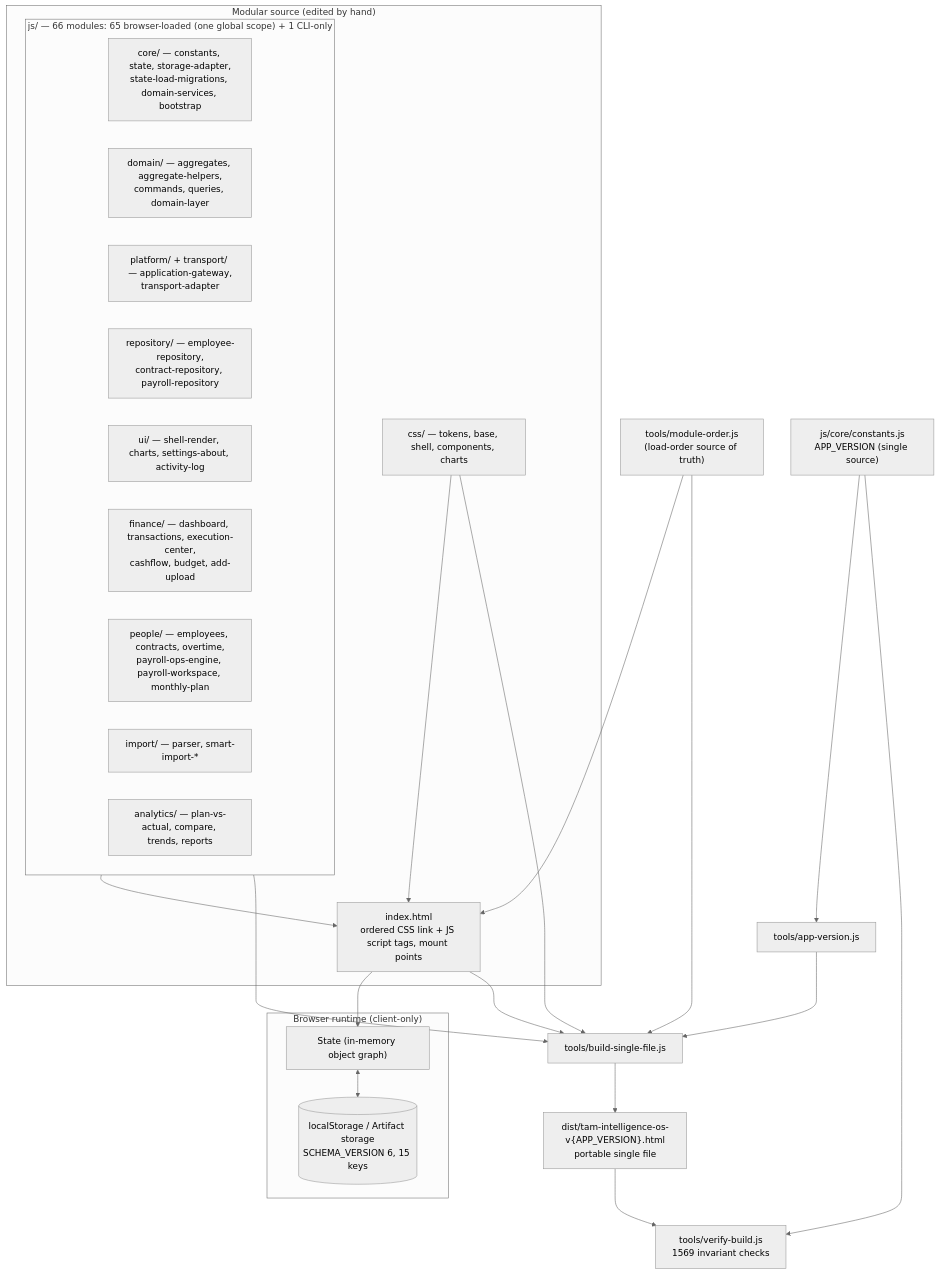
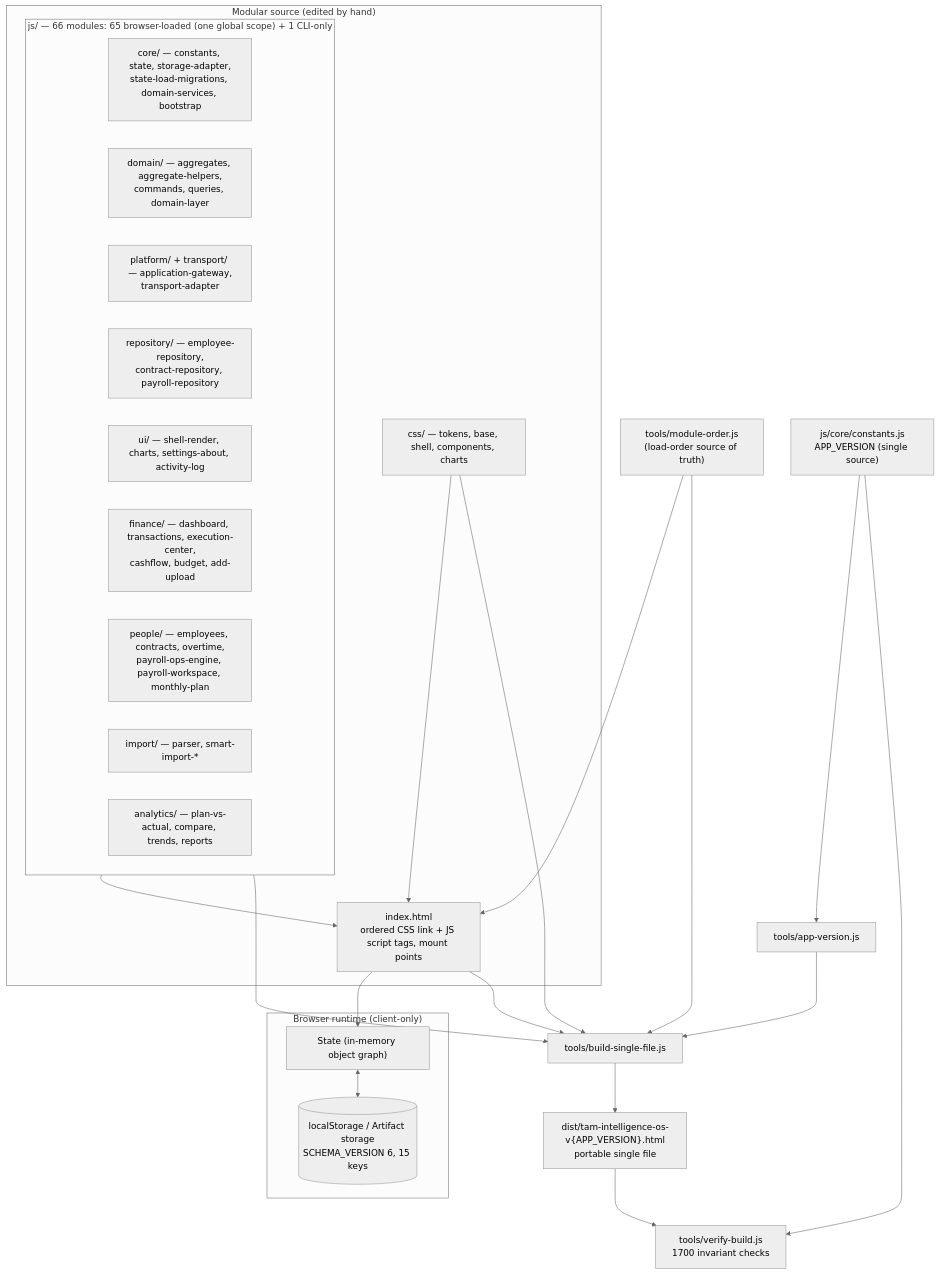
Before and after one commit to fanoryu/TAM-Intelligence-OS: the first of 3 diagrams in ARCHITECTURE.md, drawn with Mermaid (neutral theme). The commit also changed other lines of this file and 3 other files, not shown here.

````diff
--- a/ARCHITECTURE.md
+++ b/ARCHITECTURE.md
@@ -66,45 +75,45 @@
 ```mermaid
 flowchart TD
   subgraph SRC["Modular source (edited by hand)"]
     IDX["index.html<br/>ordered CSS link + JS script tags, mount points"]
     CSS["css/ — tokens, base, shell, components, charts"]
     subgraph JSMOD["js/ — 66 modules: 65 browser-loaded (one global scope) + 1 CLI-only"]
       CORE["core/ — constants, state, storage-adapter,<br/>state-load-migrations, domain-services, bootstrap"]
       DOM["domain/ — aggregates, aggregate-helpers,<br/>commands, queries, domain-layer"]
       PLAT["platform/ + transport/ — application-gateway,<br/>transport-adapter"]
       REPO["repository/ — employee-repository,<br/>contract-repository, payroll-repository"]
       UI["ui/ — shell-render, charts, settings-about, activity-log"]
       FIN["finance/ — dashboard, transactions, execution-center,<br/>cashflow, budget, add-upload"]
       PPL["people/ — employees, contracts, overtime,<br/>payroll-ops-engine, payroll-workspace, monthly-plan"]
       IMP["import/ — parser, smart-import-*"]
       ANA["analytics/ — plan-vs-actual, compare, trends, reports"]
     end
   end
 
   subgraph RUN["Browser runtime (client-only)"]
     STATE["State (in-memory object graph)"]
     LS[("localStorage / Artifact storage<br/>SCHEMA_VERSION 6, 15 keys")]
   end
 
   ORDER["tools/module-order.js<br/>(load-order source of truth)"]
   CONST["js/core/constants.js<br/>APP_VERSION (single source)"]
   AV["tools/app-version.js"]
   BUILD["tools/build-single-file.js"]
-  VERIFY["tools/verify-build.js<br/>1569 invariant checks"]
+  VERIFY["tools/verify-build.js<br/>1700 invariant checks"]
   DIST["dist/tam-intelligence-os-v{APP_VERSION}.html<br/>portable single file"]
 
   CSS --> IDX
   JSMOD --> IDX
   IDX --> STATE
   STATE <--> LS
 
   ORDER --> IDX
   ORDER --> BUILD
   CONST --> AV --> BUILD
   IDX --> BUILD
   CSS --> BUILD
   JSMOD --> BUILD
   BUILD --> DIST
   DIST --> VERIFY
   CONST --> VERIFY
 ```
````
